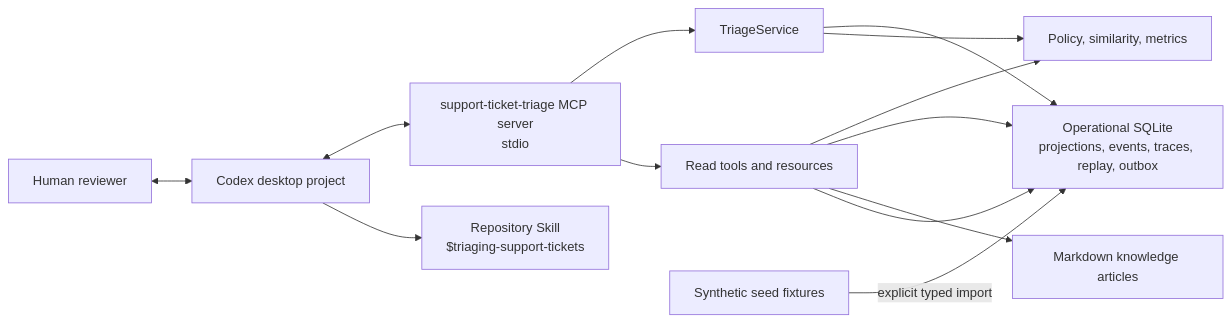
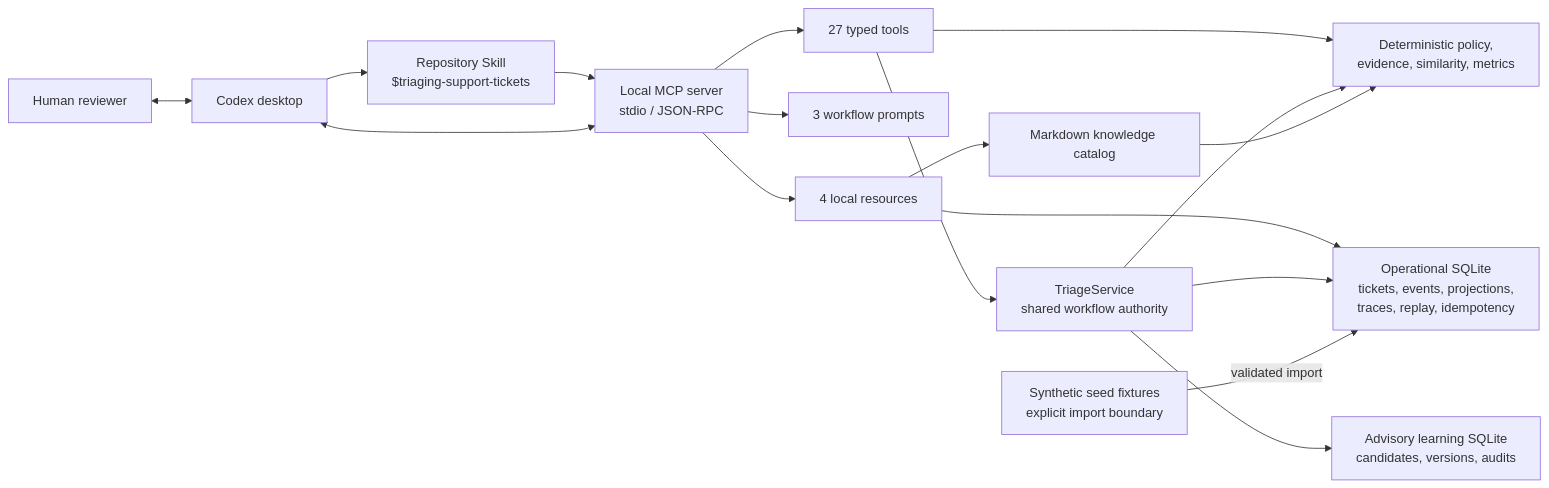
One commit to MatiasLaukka/Support-Ticket-Triage-MCP changed the first of 3 diagrams in README.md. Above: the diagram before and after it, drawn with Mermaid. The commit also changed other lines of this file, not shown here.

Commit message:
docs: refresh project README

````diff
--- a/README.md
+++ b/README.md
@@ -79,26 +79,33 @@
 ```mermaid
 flowchart LR
     Human["Human reviewer"]
-    Codex["Codex desktop project"]
+    Codex["Codex desktop"]
     Skill["Repository Skill<br/>$triaging-support-tickets"]
-    MCP["support-ticket-triage MCP server<br/>stdio"]
-    Reads["Read tools and resources"]
-    Service["TriageService"]
-    Policy["Policy, similarity, metrics"]
-    Operational["Operational SQLite<br/>projections, events, traces, replay, outbox"]
-    Knowledge["Markdown knowledge articles"]
-    Seed["Synthetic seed fixtures"]
+    MCP["Local MCP server<br/>stdio / JSON-RPC"]
+    Tools["27 typed tools"]
+    Prompts["3 workflow prompts"]
+    Resources["4 local resources"]
+    Service["TriageService<br/>shared workflow authority"]
+    Policy["Deterministic policy,<br/>evidence, similarity, metrics"]
+    Operational["Operational SQLite<br/>tickets, events, projections,<br/>traces, replay, idempotency"]
+    Learning["Advisory learning SQLite<br/>candidates, versions, audits"]
+    Knowledge["Markdown knowledge catalog"]
+    Seed["Synthetic seed fixtures<br/>explicit import boundary"]
 
     Human <--> Codex
     Codex --> Skill
+    Skill --> MCP
     Codex <--> MCP
-    MCP --> Reads
-    MCP --> Service
-    Reads --> Operational
-    Reads --> Knowledge
-    Reads --> Operational
-    Reads --> Policy
+    MCP --> Tools
+    MCP --> Prompts
+    MCP --> Resources
+    Tools --> Service
+    Tools --> Policy
+    Resources --> Operational
+    Resources --> Knowledge
     Service --> Policy
     Service --> Operational
-    Seed -->|explicit typed import| Operational
+    Service --> Learning
+    Knowledge --> Policy
+    Seed -->|validated import| Operational
 ```
````
